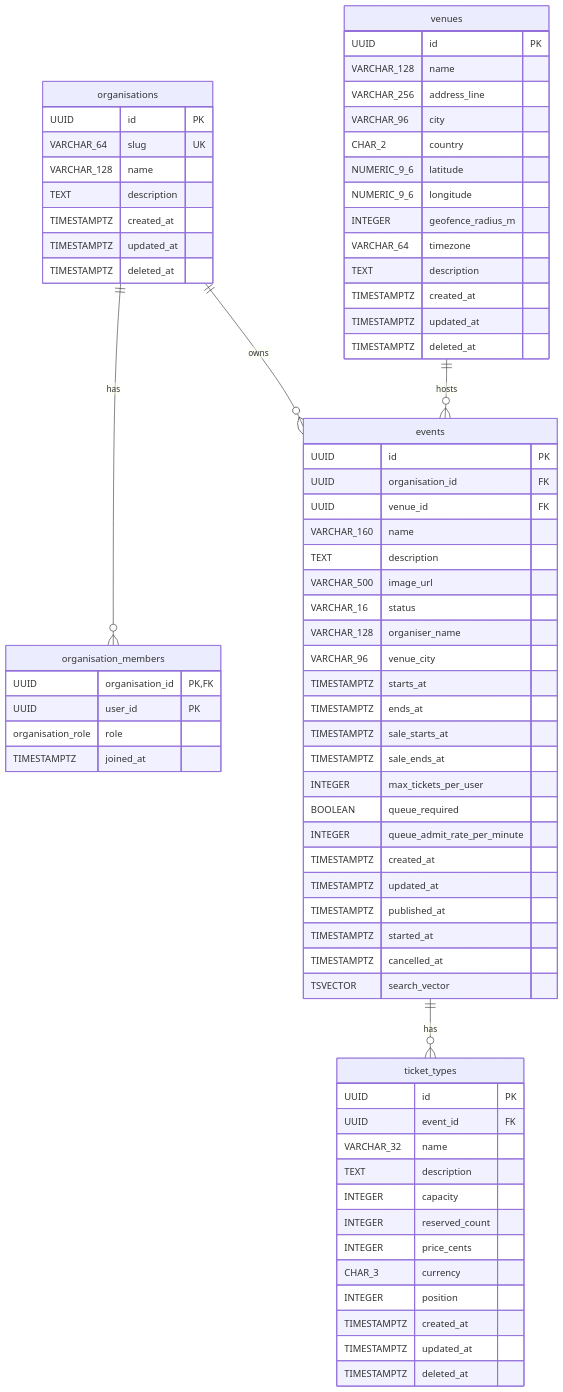
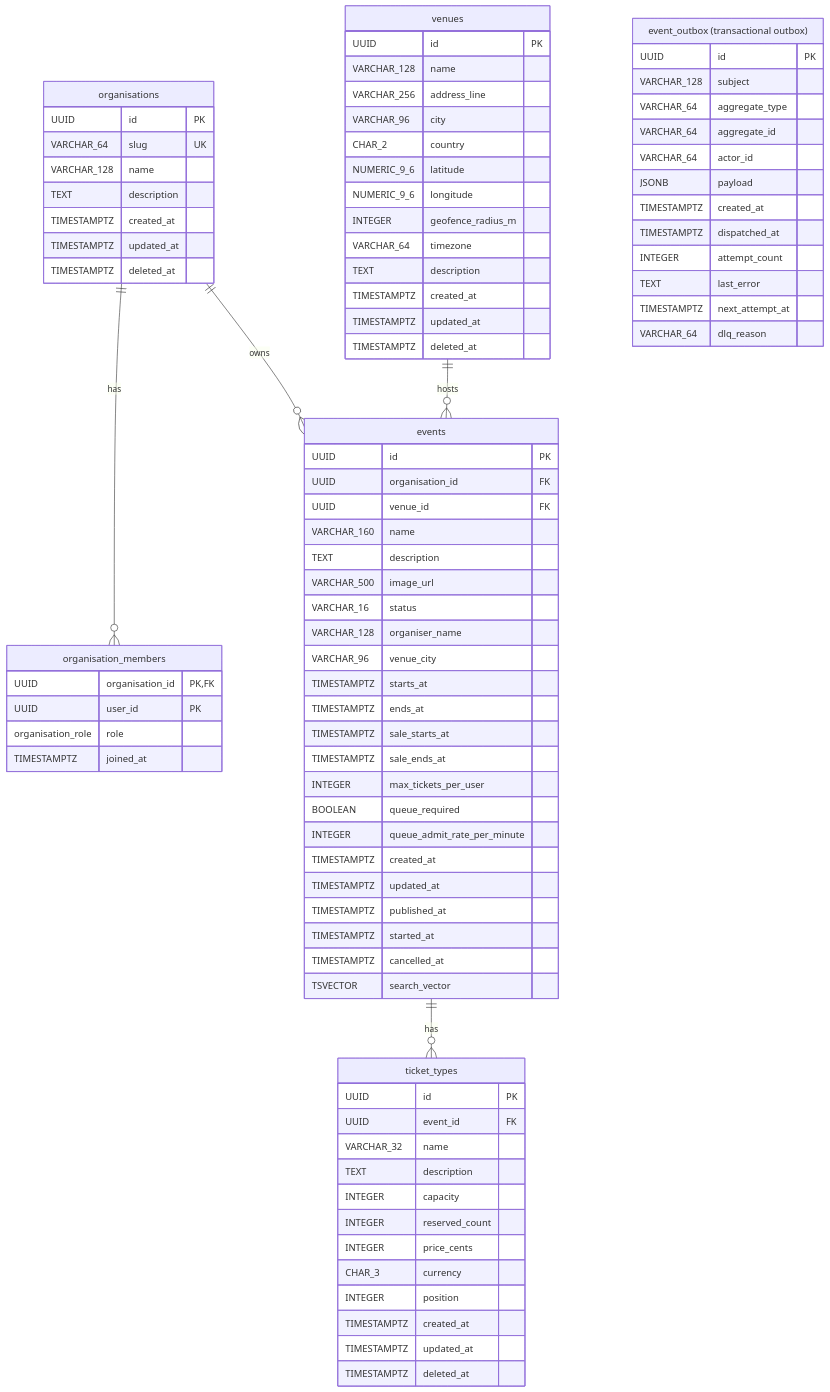
Before and after one commit to cristiangilsanz/qrew: the diagram in docs/architecture/apps/api/services/catalog/schema.md, drawn with Mermaid. The commit also changed other lines of this file and 102 other files, not shown here.

Commit message:
feat: publish domain events through a transactional outbox and split the stack into networks (#293)

```diff
--- a/docs/architecture/apps/api/services/catalog/schema.md
+++ b/docs/architecture/apps/api/services/catalog/schema.md
@@ -75,6 +75,21 @@
         TIMESTAMPTZ deleted_at
     }
 
+    event_outbox["event_outbox (transactional outbox)"] {
+        UUID id PK
+        VARCHAR_128 subject
+        VARCHAR_64 aggregate_type
+        VARCHAR_64 aggregate_id
+        VARCHAR_64 actor_id
+        JSONB payload
+        TIMESTAMPTZ created_at
+        TIMESTAMPTZ dispatched_at
+        INTEGER attempt_count
+        TEXT last_error
+        TIMESTAMPTZ next_attempt_at
+        VARCHAR_64 dlq_reason
+    }
+
     organisations ||--o{ organisation_members : "has"
     organisations ||--o{ events : "owns"
     venues ||--o{ events : "hosts"
```
